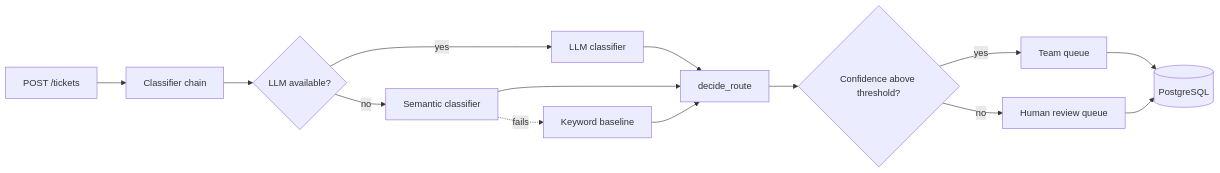
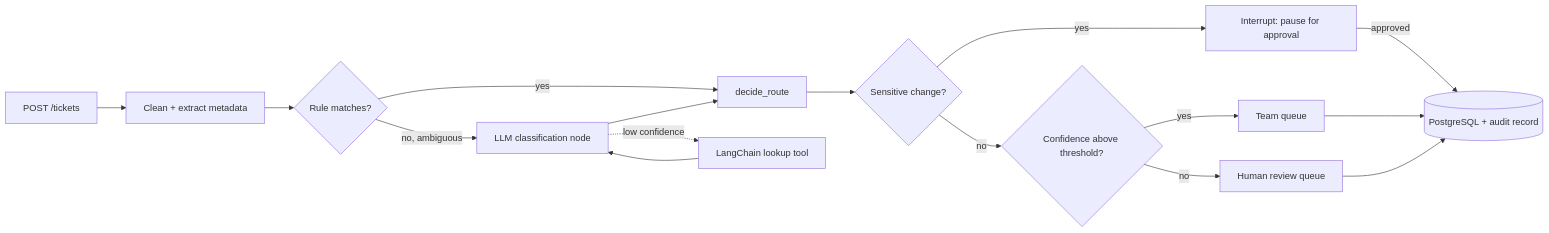
The diagram in README.md (elamurg/ticket-auto-router), drawn with Mermaid before and after one commit. The commit also changed other lines of this file and 1 other file, not shown here.

````diff
--- a/README.md
+++ b/README.md
@@ -20,16 +21,18 @@
 ```mermaid
 flowchart LR
-    A[POST /tickets] --> B[Classifier chain]
-    B --> C{LLM available?}
-    C -- yes --> D[LLM classifier]
-    C -- no --> E[Semantic classifier]
-    E -. fails .-> F[Keyword baseline]
-    D --> G[decide_route]
-    E --> G
-    F --> G
-    G --> H{Confidence above threshold?}
+    A[POST /tickets] --> B[Clean + extract metadata]
+    B --> C{Rule matches?}
+    C -- yes --> G[decide_route]
+    C -- no, ambiguous --> D[LLM classification node]
+    D -. low confidence .-> L[LangChain lookup tool]
+    L --> D
+    D --> G
+    G --> S{Sensitive change?}
+    S -- yes --> P[Interrupt: pause for approval]
+    P -- approved --> Q[(PostgreSQL + audit record)]
+    S -- no --> H{Confidence above threshold?}
     H -- yes --> I[Team queue]
     H -- no --> J[Human review queue]
-    I --> K[(PostgreSQL)]
-    J --> K
+    I --> Q
+    J --> Q
 ```
````
